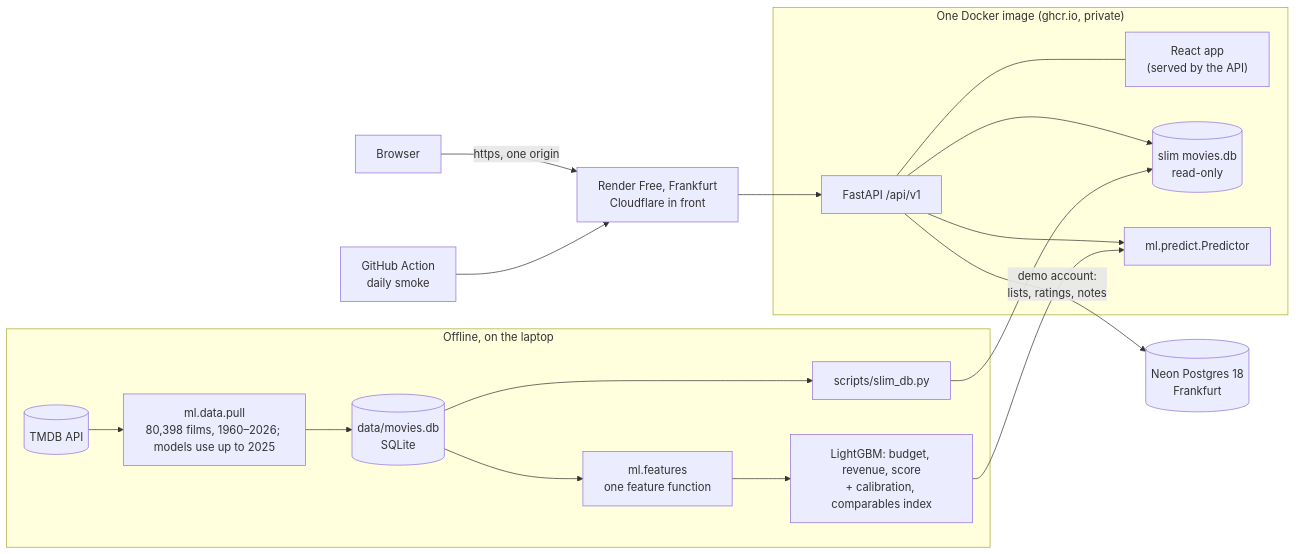
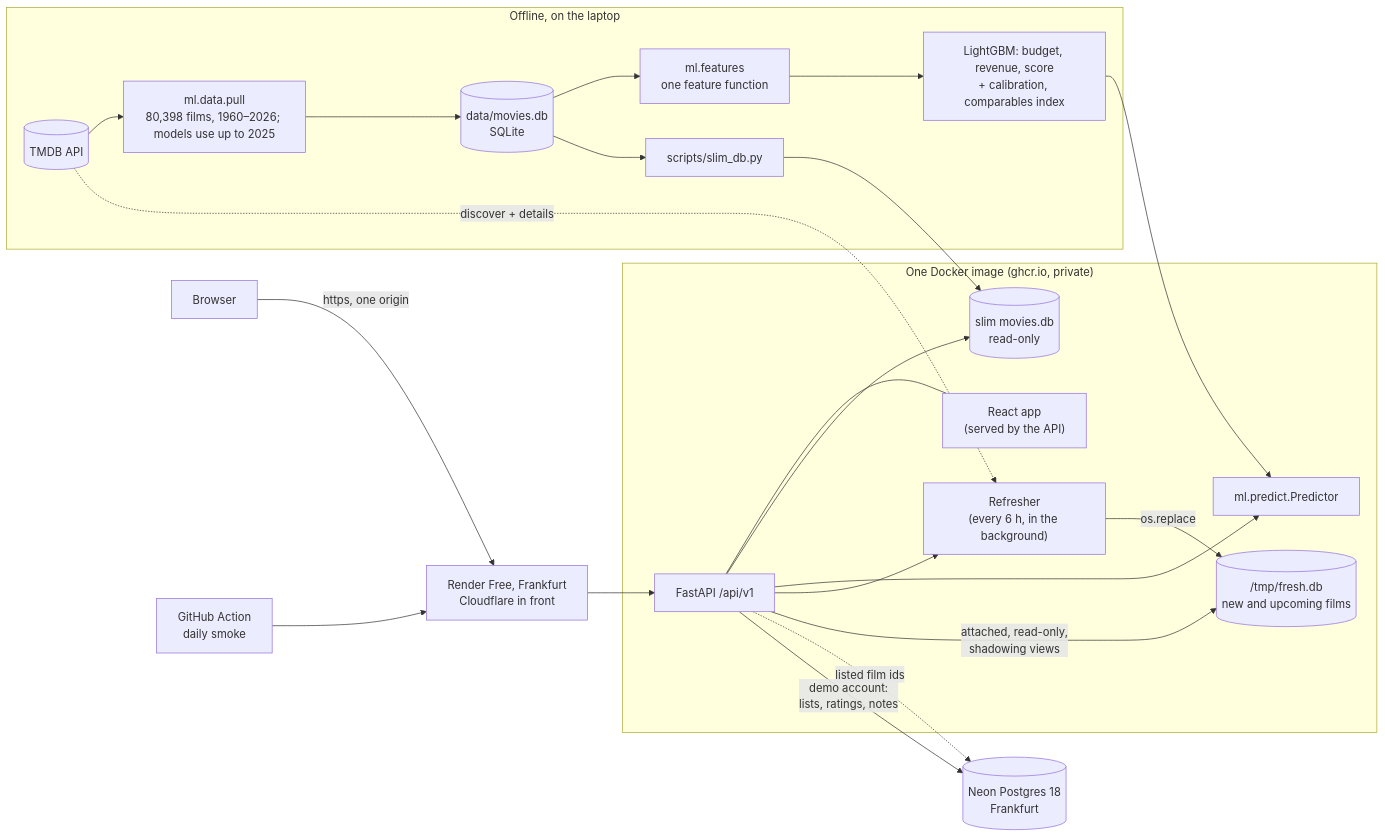
The first of 2 diagrams in docs/architecture.md (Tsomaros/Movies_Prediction_Project), drawn with Mermaid before and after one commit. The commit also changed other lines of this file and 9 other files, not shown here.

Commit message:
docs: V1.2 New arrivals with fresh.db (API, app, architecture, deployment, decisions, changelog, progress)

````diff
--- a/docs/architecture.md
+++ b/docs/architecture.md
@@ -7,26 +7,33 @@
 ```mermaid
 flowchart LR
     subgraph offline["Offline, on the laptop"]
         tmdb[("TMDB API")] --> pull["ml.data.pull<br/>80,398 films, 1960–2026; models use up to 2025"]
         pull --> db[("data/movies.db<br/>SQLite")]
         db --> features["ml.features<br/>one feature function"]
         features --> models["LightGBM: budget, revenue, score<br/>+ calibration, comparables index"]
         db --> slim["scripts/slim_db.py"]
     end
 
     subgraph image["One Docker image (ghcr.io, private)"]
         api["FastAPI /api/v1"]
         web["React app<br/>(served by the API)"]
         sqlite[("slim movies.db<br/>read-only")]
         predictor["ml.predict.Predictor"]
         api --- web
         api --> sqlite
         api --> predictor
+        refresher["Refresher<br/>(every 6 h, in the background)"]
+        fresh[("/tmp/fresh.db<br/>new and upcoming films")]
+        api --> refresher
+        refresher -->|"os.replace"| fresh
+        api -->|"attached, read-only,<br/>shadowing views"| fresh
     end
+    tmdb -.->|"discover + details"| refresher
+    api -.->|"listed film ids"| neon
 
     models --> predictor
     slim --> sqlite
     browser["Browser"] -->|"https, one origin"| render["Render Free, Frankfurt<br/>Cloudflare in front"] --> api
     api -->|"demo account:<br/>lists, ratings, notes"| neon[("Neon Postgres 18<br/>Frankfurt")]
     action["GitHub Action<br/>daily smoke"] --> render
 ```
````
